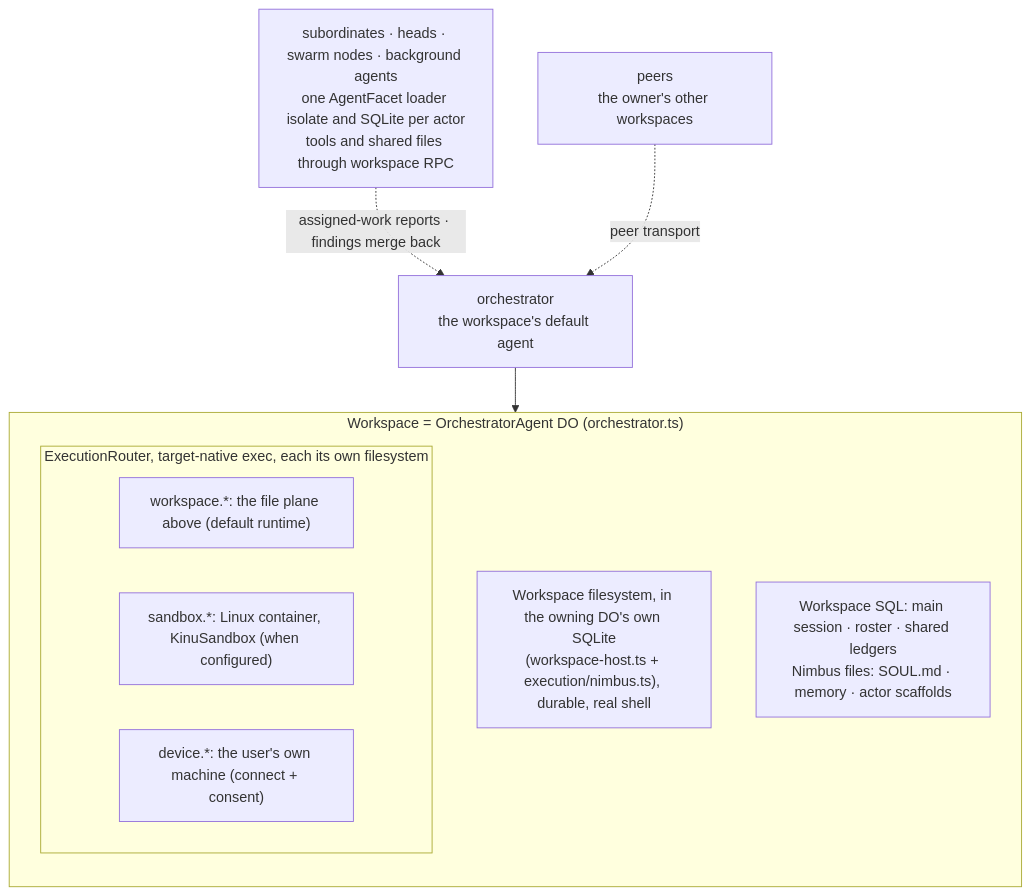
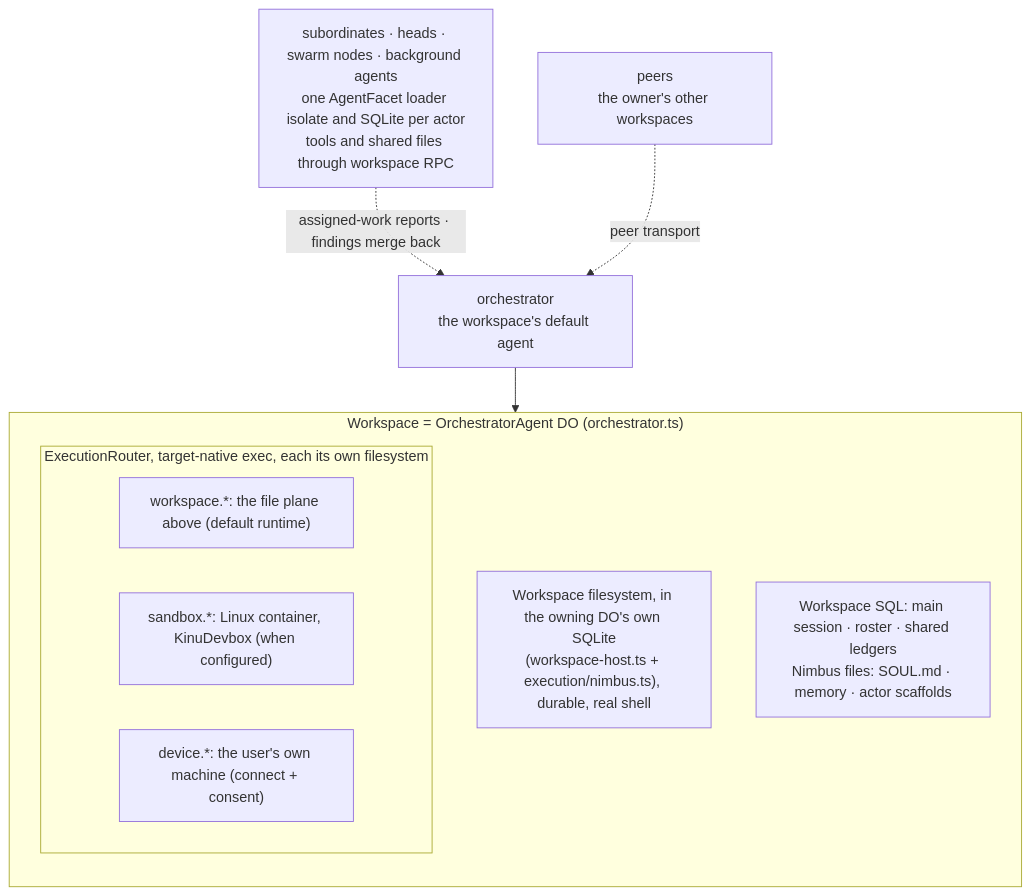
The first of 5 diagrams in docs/ARCHITECTURE.md (AshishKumar4/kinu), drawn with Mermaid before and after one commit. The commit also changed other lines of this file and 72 other files, not shown here.

````diff
--- a/docs/ARCHITECTURE.md
+++ b/docs/ARCHITECTURE.md
@@ -33,17 +33,17 @@
 ```mermaid
 graph TB
     subgraph WS["Workspace = OrchestratorAgent DO (orchestrator.ts)"]
         direction TB
         Files["Workspace filesystem, in the owning DO's own SQLite<br/>(workspace-host.ts + execution/nimbus.ts), durable, real shell"]
         subgraph Execs["ExecutionRouter, target-native exec, each its own filesystem"]
             W["workspace.*: the file plane above (default runtime)"]
-            S["sandbox.*: Linux container, KinuSandbox (when configured)"]
+            S["sandbox.*: Linux container, KinuDevbox (when configured)"]
             P["device.*: the user's own machine (connect + consent)"]
         end
         State["Workspace SQL: main session · roster · shared ledgers<br/>Nimbus files: SOUL.md · memory · actor scaffolds"]
     end
 
     Orch["orchestrator<br/>the workspace's default agent"] --> WS
     Subs["subordinates · heads · swarm nodes · background agents<br/>one AgentFacet loader isolate and SQLite per actor<br/>tools and shared files through workspace RPC"] -.->|assigned-work reports · findings merge back| Orch
     Peers["peers<br/>the owner's other workspaces"] -.->|peer transport| Orch
 ```
````
